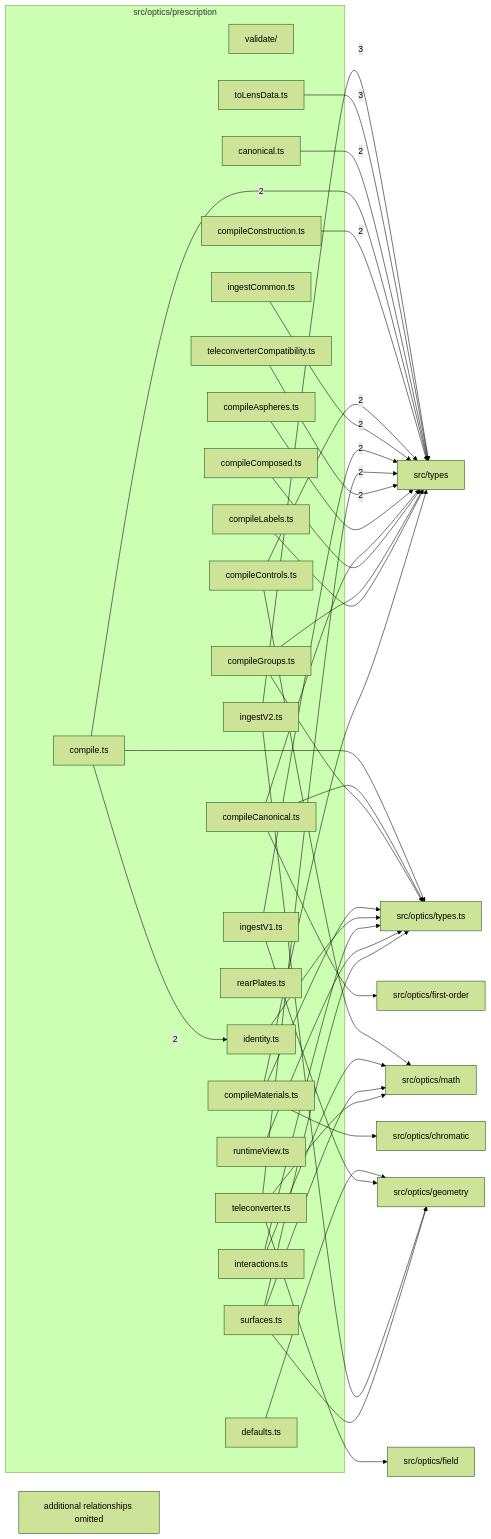
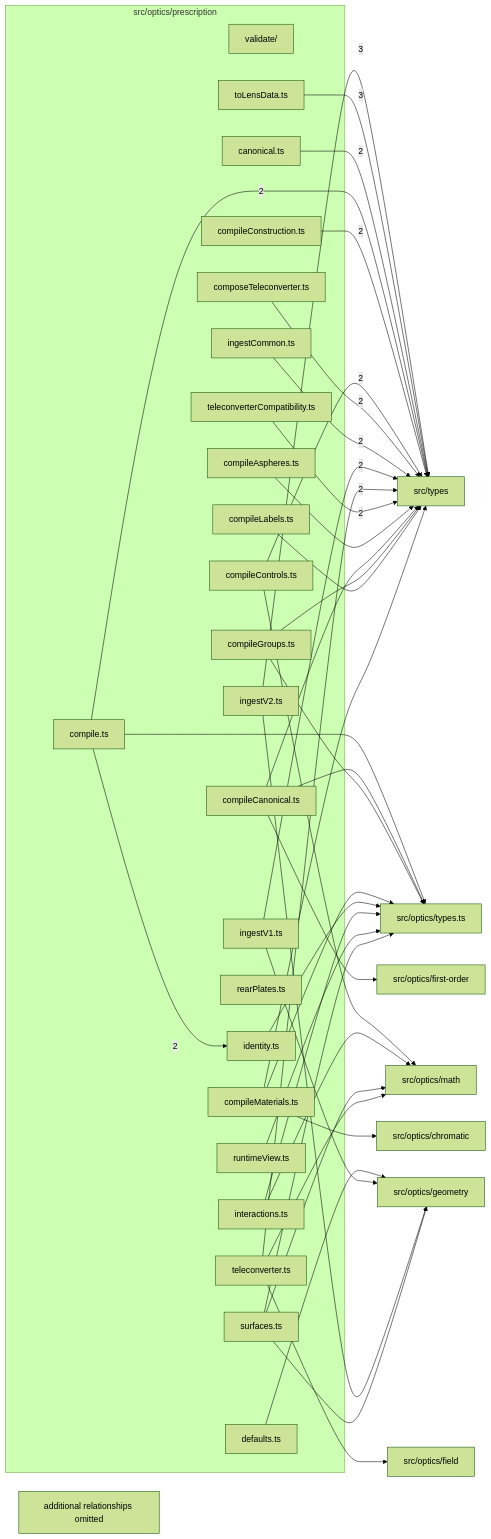
Before and after one commit to ronbuening/LensVisualizer: the diagram in src/optics/prescription/readme.md, drawn with Mermaid (forest theme). The commit also changed other lines of this file and 25 other files, not shown here.

````diff
--- a/src/optics/prescription/readme.md
+++ b/src/optics/prescription/readme.md
@@ -9,72 +9,72 @@
 ```mermaid
 flowchart LR
   subgraph n_src_optics_prescription["src/optics/prescription"]
     n_src_optics_prescription_src_optics_prescription_validate["validate/"]
     n_src_optics_prescription_src_optics_prescription_canonical_ts["canonical.ts"]
     n_src_optics_prescription_src_optics_prescription_compile_ts["compile.ts"]
     n_src_optics_prescription_src_optics_prescription_compileAspheres_ts["compileAspheres.ts"]
     n_src_optics_prescription_src_optics_prescription_compileCanonical_ts["compileCanonical.ts"]
-    n_src_optics_prescription_src_optics_prescription_compileComposed_ts["compileComposed.ts"]
     n_src_optics_prescription_src_optics_prescription_compileConstruction_ts["compileConstruction.ts"]
     n_src_optics_prescription_src_optics_prescription_compileControls_ts["compileControls.ts"]
     n_src_optics_prescription_src_optics_prescription_compileGroups_ts["compileGroups.ts"]
     n_src_optics_prescription_src_optics_prescription_compileLabels_ts["compileLabels.ts"]
     n_src_optics_prescription_src_optics_prescription_compileMaterials_ts["compileMaterials.ts"]
+    n_src_optics_prescription_src_optics_prescription_composeTeleconverter_ts["composeTeleconverter.ts"]
     n_src_optics_prescription_src_optics_prescription_defaults_ts["defaults.ts"]
     n_src_optics_prescription_src_optics_prescription_identity_ts["identity.ts"]
     n_src_optics_prescription_src_optics_prescription_ingestCommon_ts["ingestCommon.ts"]
     n_src_optics_prescription_src_optics_prescription_ingestV1_ts["ingestV1.ts"]
     n_src_optics_prescription_src_optics_prescription_ingestV2_ts["ingestV2.ts"]
     n_src_optics_prescription_src_optics_prescription_interactions_ts["interactions.ts"]
     n_src_optics_prescription_src_optics_prescription_rearPlates_ts["rearPlates.ts"]
     n_src_optics_prescription_src_optics_prescription_runtimeView_ts["runtimeView.ts"]
     n_src_optics_prescription_src_optics_prescription_surfaces_ts["surfaces.ts"]
     n_src_optics_prescription_src_optics_prescription_teleconverter_ts["teleconverter.ts"]
     n_src_optics_prescription_src_optics_prescription_teleconverterCompatibility_ts["teleconverterCompatibility.ts"]
     n_src_optics_prescription_src_optics_prescription_toLensData_ts["toLensData.ts"]
   end
   n_external_src_types["src/types"]
   n_external_src_optics_chromatic["src/optics/chromatic"]
   n_external_src_optics_field["src/optics/field"]
   n_external_src_optics_first_order["src/optics/first-order"]
   n_external_src_optics_geometry["src/optics/geometry"]
   n_external_src_optics_math["src/optics/math"]
   n_external_src_optics_types_ts["src/optics/types.ts"]
   n_src_optics_prescription_src_optics_prescription_ingestV2_ts --> |3| n_external_src_types
   n_src_optics_prescription_src_optics_prescription_toLensData_ts --> |3| n_external_src_types
   n_src_optics_prescription_src_optics_prescription_canonical_ts --> |2| n_external_src_types
   n_src_optics_prescription_src_optics_prescription_compile_ts --> |2| n_external_src_types
   n_src_optics_prescription_src_optics_prescription_compileConstruction_ts --> |2| n_external_src_types
   n_src_optics_prescription_src_optics_prescription_compileControls_ts --> |2| n_external_src_types
+  n_src_optics_prescription_src_optics_prescription_composeTeleconverter_ts --> |2| n_external_src_types
   n_src_optics_prescription_src_optics_prescription_ingestCommon_ts --> |2| n_external_src_types
   n_src_optics_prescription_src_optics_prescription_ingestV1_ts --> |2| n_external_src_types
   n_src_optics_prescription_src_optics_prescription_teleconverter_ts --> |2| n_external_src_types
   n_src_optics_prescription_src_optics_prescription_teleconverterCompatibility_ts --> |2| n_external_src_types
   n_src_optics_prescription_src_optics_prescription_compile_ts --> |2| n_src_optics_prescription_src_optics_prescription_identity_ts
   n_src_optics_prescription_src_optics_prescription_compileMaterials_ts --> n_external_src_optics_chromatic
   n_src_optics_prescription_src_optics_prescription_teleconverter_ts --> n_external_src_optics_field
   n_src_optics_prescription_src_optics_prescription_compileCanonical_ts --> n_external_src_optics_first_order
   n_src_optics_prescription_src_optics_prescription_defaults_ts --> n_external_src_optics_geometry
   n_src_optics_prescription_src_optics_prescription_ingestV1_ts --> n_external_src_optics_geometry
   n_src_optics_prescription_src_optics_prescription_ingestV2_ts --> n_external_src_optics_geometry
   n_src_optics_prescription_src_optics_prescription_surfaces_ts --> n_external_src_optics_geometry
   n_src_optics_prescription_src_optics_prescription_compileControls_ts --> n_external_src_optics_math
   n_src_optics_prescription_src_optics_prescription_interactions_ts --> n_external_src_optics_math
   n_src_optics_prescription_src_optics_prescription_surfaces_ts --> n_external_src_optics_math
   n_src_optics_prescription_src_optics_prescription_teleconverter_ts --> n_external_src_optics_math
   n_src_optics_prescription_src_optics_prescription_compile_ts --> n_external_src_optics_types_ts
   n_src_optics_prescription_src_optics_prescription_compileCanonical_ts --> n_external_src_optics_types_ts
   n_src_optics_prescription_src_optics_prescription_compileGroups_ts --> n_external_src_optics_types_ts
   n_src_optics_prescription_src_optics_prescription_compileMaterials_ts --> n_external_src_optics_types_ts
   n_src_optics_prescription_src_optics_prescription_identity_ts --> n_external_src_optics_types_ts
   n_src_optics_prescription_src_optics_prescription_interactions_ts --> n_external_src_optics_types_ts
   n_src_optics_prescription_src_optics_prescription_runtimeView_ts --> n_external_src_optics_types_ts
   n_src_optics_prescription_src_optics_prescription_surfaces_ts --> n_external_src_optics_types_ts
   n_src_optics_prescription_src_optics_prescription_compileAspheres_ts --> n_external_src_types
   n_src_optics_prescription_src_optics_prescription_compileCanonical_ts --> n_external_src_types
-  n_src_optics_prescription_src_optics_prescription_compileComposed_ts --> n_external_src_types
   n_src_optics_prescription_src_optics_prescription_compileGroups_ts --> n_external_src_types
   n_src_optics_prescription_src_optics_prescription_compileLabels_ts --> n_external_src_types
   n_src_optics_prescription_src_optics_prescription_compileMaterials_ts --> n_external_src_types
   n_src_optics_prescription_truncated["additional relationships omitted"]
 ```
````
